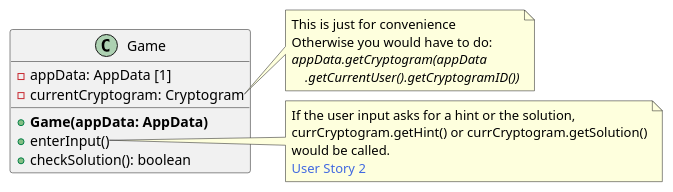
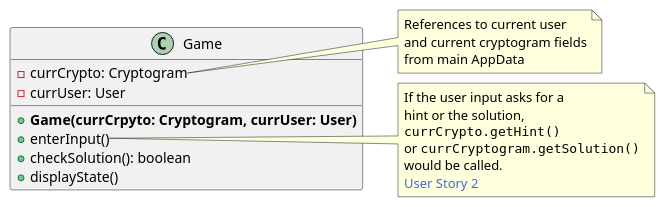
Before and after one commit to finlaysr/CS207-Cryptograms: the diagram in Class-Diagrams/src/game.puml, drawn with PlantUML. The commit also changed 5 other files, not shown here.

Commit message:
Removed object coupling between App and Game

```diff
--- a/Class-Diagrams/src/game.puml
+++ b/Class-Diagrams/src/game.puml
@@ -1,26 +1,28 @@
 @startuml
 
 class Game {
-    - appData: AppData [1]
-    - currentCryptogram: Cryptogram
-    + **Game(appData: AppData)**
+    - currCrypto: Cryptogram
+    - currUser: User
+    + **Game(currCrpyto: Cryptogram, currUser: User)**
     + enterInput()
     + checkSolution(): boolean
+    + displayState()
 }
 
-note right of Game::currentCryptogram
-    This is just for convenience
-    Otherwise you would have to do:
-    <i>appData.getCryptogram(appData </i>
-    <i>    .getCurrentUser().getCryptogramID())</i>
+note right of Game::currCrypto
+    References to current user
+    and current cryptogram fields
+    from main AppData
 end note
 
 note right of Game::enterInput
-    If the user input asks for a hint or the solution,
-    currCryptogram.getHint() or currCryptogram.getSolution()
+    If the user input asks for a
+    hint or the solution,
+    ""currCrypto.getHint()""
+    or ""currCryptogram.getSolution()""
     would be called.
     <color:royalBlue>User Story 2</color>
 end note
 
 
 @enduml
```
